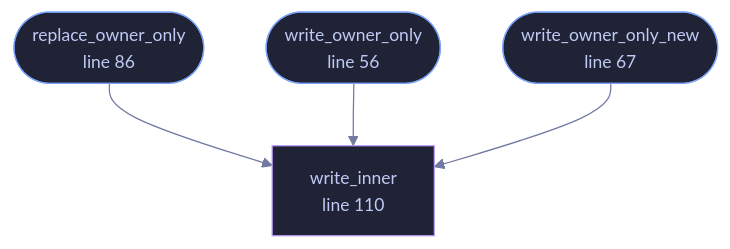
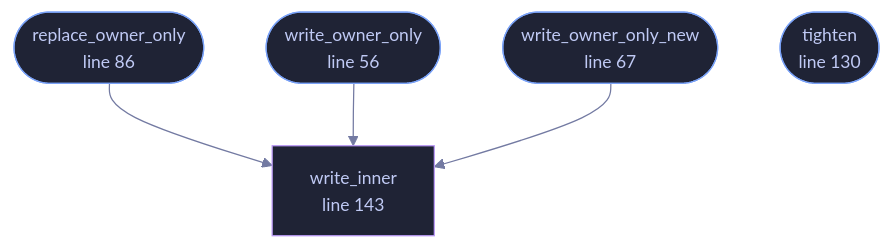
One commit to tilas01/veilvoice changed the diagram in docs/files/veilvoice-crypto/privatefile.md. Above: the diagram before and after it, drawn with Mermaid. The commit also changed other lines of this file and 64 other files, not shown here.

````diff
--- a/docs/files/veilvoice-crypto/privatefile.md
+++ b/docs/files/veilvoice-crypto/privatefile.md
@@ -102,19 +103,21 @@
 ```mermaid
 %%{init: {"theme":"base","themeVariables":{"background":"#1a1b26","primaryColor":"#1f2335","primaryTextColor":"#c0caf5","primaryBorderColor":"#7aa2f7","secondaryColor":"#16161e","tertiaryColor":"#16161e","lineColor":"#737aa2","textColor":"#c0caf5","mainBkg":"#1f2335","nodeBorder":"#7aa2f7","clusterBkg":"#16161e","clusterBorder":"#2f3549","fontFamily":"ui-monospace, SFMono-Regular, Consolas, monospace","fontSize":"14px"}}}%%
 flowchart TD
     n_write_owner_only(["write_owner_only<br/>line 56"])
     n_write_owner_only_new(["write_owner_only_new<br/>line 67"])
     n_replace_owner_only(["replace_owner_only<br/>line 86"])
-    n_write_inner["write_inner<br/>line 110"]
+    n_tighten(["tighten<br/>line 130"])
+    n_write_inner["write_inner<br/>line 143"]
     n_replace_owner_only --> n_write_inner
     n_write_owner_only --> n_write_inner
     n_write_owner_only_new --> n_write_inner
     click n_write_owner_only href "https://github.com/tilas01/veilvoice/blob/main/crates/veilvoice-crypto/src/privatefile.rs#L56" "open the source"
     click n_write_owner_only_new href "https://github.com/tilas01/veilvoice/blob/main/crates/veilvoice-crypto/src/privatefile.rs#L67" "open the source"
     click n_replace_owner_only href "https://github.com/tilas01/veilvoice/blob/main/crates/veilvoice-crypto/src/privatefile.rs#L86" "open the source"
-    click n_write_inner href "https://github.com/tilas01/veilvoice/blob/main/crates/veilvoice-crypto/src/privatefile.rs#L110" "open the source"
+    click n_tighten href "https://github.com/tilas01/veilvoice/blob/main/crates/veilvoice-crypto/src/privatefile.rs#L130" "open the source"
+    click n_write_inner href "https://github.com/tilas01/veilvoice/blob/main/crates/veilvoice-crypto/src/privatefile.rs#L143" "open the source"
     classDef entry fill:#1f2335,stroke:#7aa2f7,color:#c0caf5
-    class n_write_owner_only,n_write_owner_only_new,n_replace_owner_only entry
+    class n_write_owner_only,n_write_owner_only_new,n_replace_owner_only,n_tighten entry
     classDef helper fill:#1f2335,stroke:#bb9af7,color:#c0caf5
     class n_write_inner helper
 ```
````
